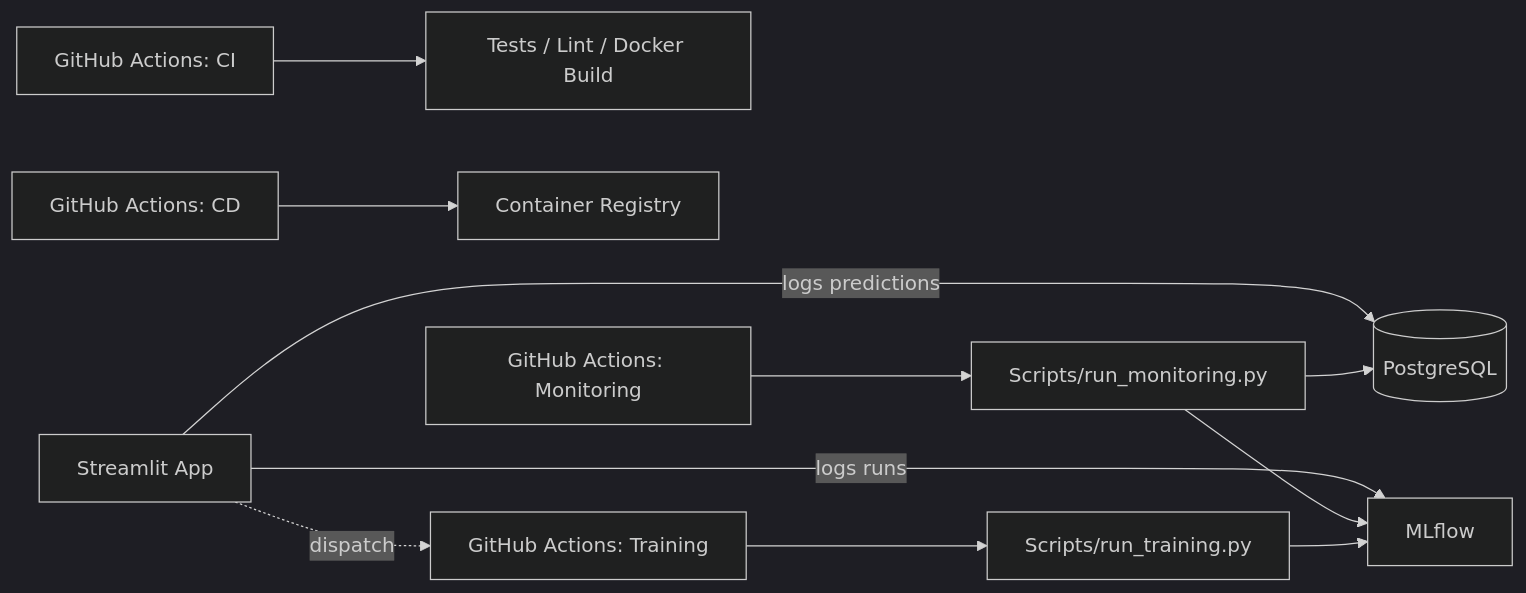
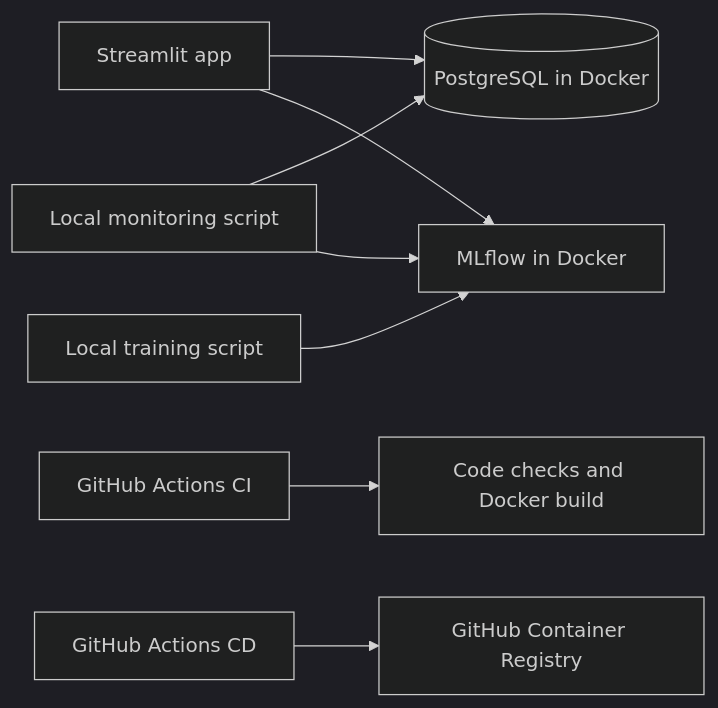
The diagram in README.md (manelnh/customer-churn-prediction-MLOps), drawn with Mermaid (dark theme) before and after one commit. The commit also changed other lines of this file, not shown here.

````diff
--- a/README.md
+++ b/README.md
@@ -71,13 +33,10 @@
 ```mermaid
 flowchart LR
-    A[Streamlit App] -->|logs predictions| B[(PostgreSQL)]
-    A -->|logs runs| C[MLflow]
-    D[Scripts/run_monitoring.py] --> B
-    D --> C
-    E[Scripts/run_training.py] --> C
-    F[GitHub Actions: CI] --> G[Tests / Lint / Docker Build]
-    H[GitHub Actions: CD] --> I[Container Registry]
-    J[GitHub Actions: Monitoring] --> D
-    K[GitHub Actions: Training] --> E
-    A -.dispatch.-> K
+    A[Streamlit app] --> B[(PostgreSQL in Docker)]
+    A --> C[MLflow in Docker]
+    D[Local training script] --> C
+    E[Local monitoring script] --> B
+    E --> C
+    F[GitHub Actions CI] --> G[Code checks and Docker build]
+    H[GitHub Actions CD] --> I[GitHub Container Registry]
 ```
````
